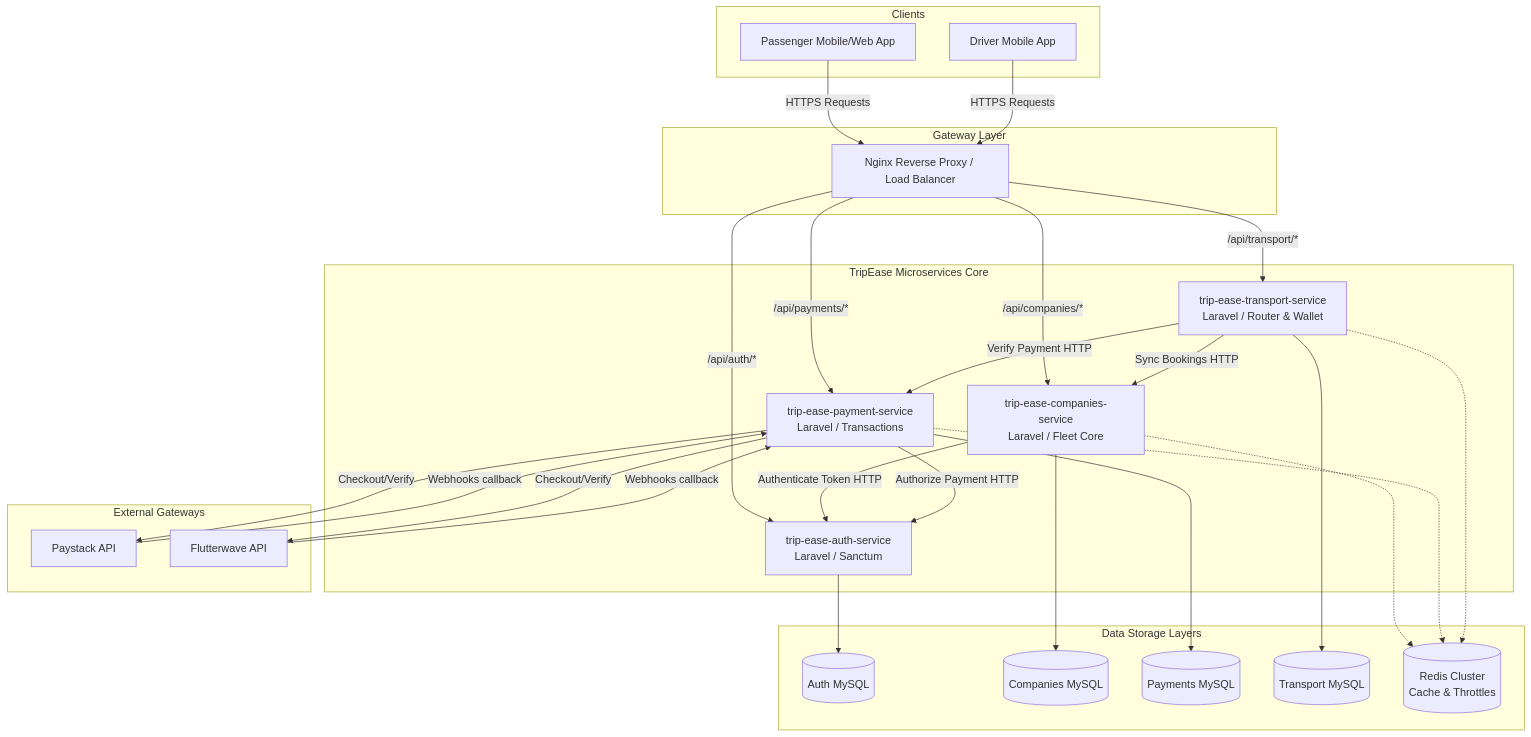
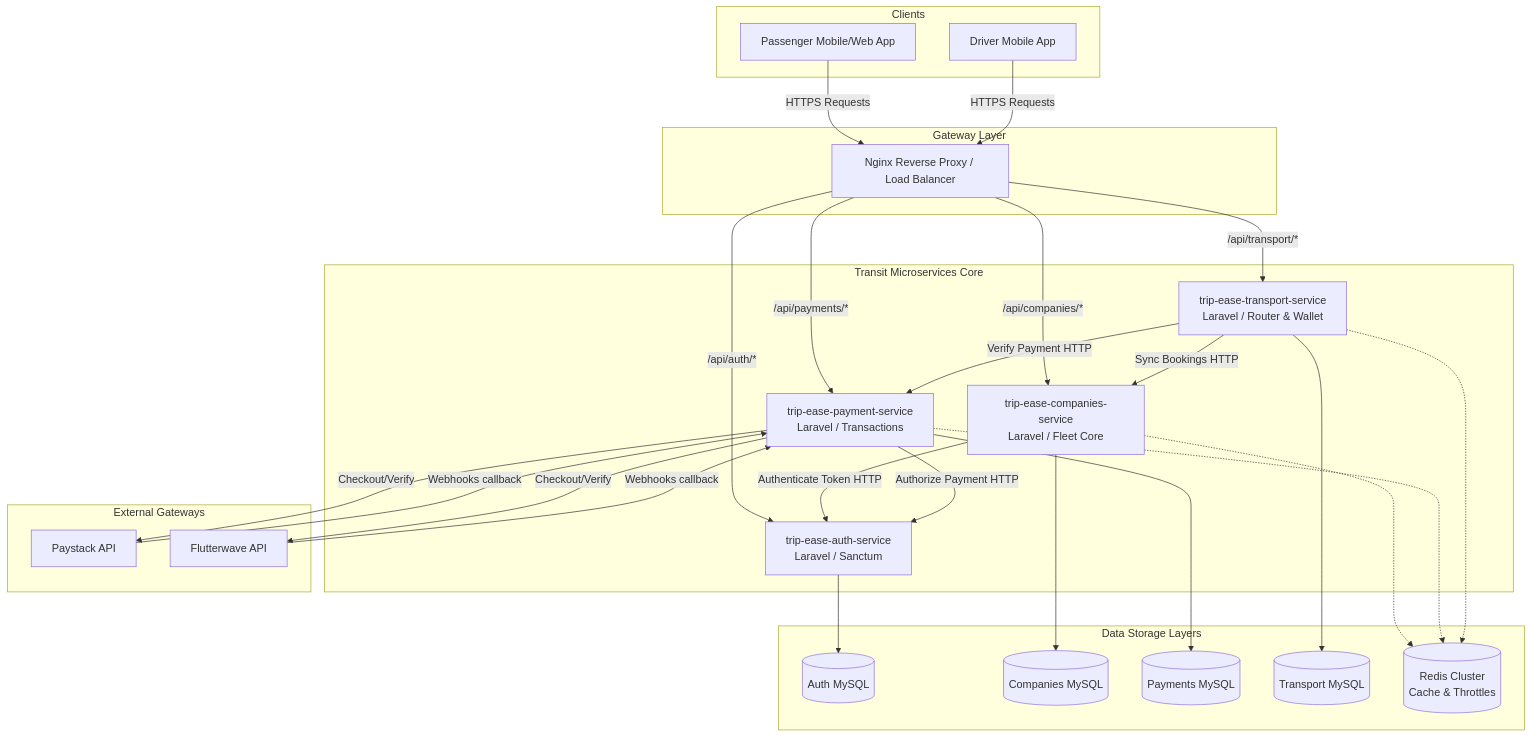
The second of 2 diagrams in tripease.md (Senseiuc/my-portfolio), drawn with Mermaid before and after one commit. The commit also changed other lines of this file and 11 other files, not shown here.

````diff
--- a/tripease.md
+++ b/tripease.md
@@ -109,69 +109,69 @@
 ```mermaid
 graph TD
     %% Clients
     subgraph Clients
         App[Passenger Mobile/Web App]
         DriverApp[Driver Mobile App]
     end
 
     %% Gateway
     subgraph Gateway Layer
         Nginx[Nginx Reverse Proxy / Load Balancer]
     end
 
     %% Microservices
-    subgraph microservices [TripEase Microservices Core]
+    subgraph microservices [Transit Microservices Core]
         Auth[trip-ease-auth-service<br/>Laravel / Sanctum]
         Companies[trip-ease-companies-service<br/>Laravel / Fleet Core]
         Payments[trip-ease-payment-service<br/>Laravel / Transactions]
         Transport[trip-ease-transport-service<br/>Laravel / Router & Wallet]
     end
 
     %% Databases
     subgraph Databases [Data Storage Layers]
         DB_Auth[(Auth MySQL)]
         DB_Comp[(Companies MySQL)]
         DB_Pay[(Payments MySQL)]
         DB_Trans[(Transport MySQL)]
         RedisCache[(Redis Cluster<br/>Cache & Throttles)]
     end
 
     %% Gateways External
     subgraph External Gateways
         Paystack[Paystack API]
         Flutterwave[Flutterwave API]
     end
 
     %% Connections Clients to Gateway
     App -->|HTTPS Requests| Nginx
     DriverApp -->|HTTPS Requests| Nginx
 
     %% Reverse proxy routes
     Nginx -->|/api/auth/*| Auth
     Nginx -->|/api/companies/*| Companies
     Nginx -->|/api/payments/*| Payments
     Nginx -->|/api/transport/*| Transport
 
     %% Inter-service HTTP calls
     Transport -->|Verify Payment HTTP| Payments
     Transport -->|Sync Bookings HTTP| Companies
     Companies -->|Authenticate Token HTTP| Auth
     Payments -->|Authorize Payment HTTP| Auth
 
     %% Databases relations
     Auth --> DB_Auth
     Companies --> DB_Comp
     Payments --> DB_Pay
     Transport --> DB_Trans
 
     %% Shared caching
     Companies -.-> RedisCache
     Payments -.-> RedisCache
     Transport -.-> RedisCache
 
     %% External links
     Payments -->|Checkout/Verify| Paystack
     Payments -->|Checkout/Verify| Flutterwave
     Paystack -->|Webhooks callback| Payments
     Flutterwave -->|Webhooks callback| Payments
 ```
````
